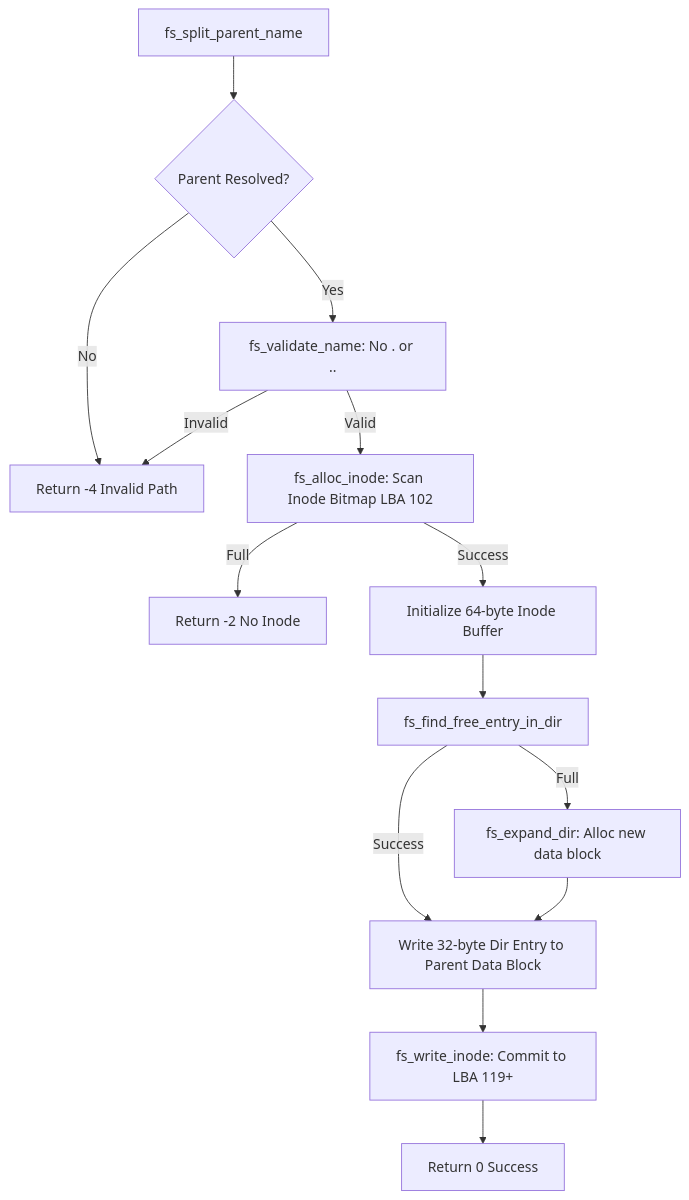
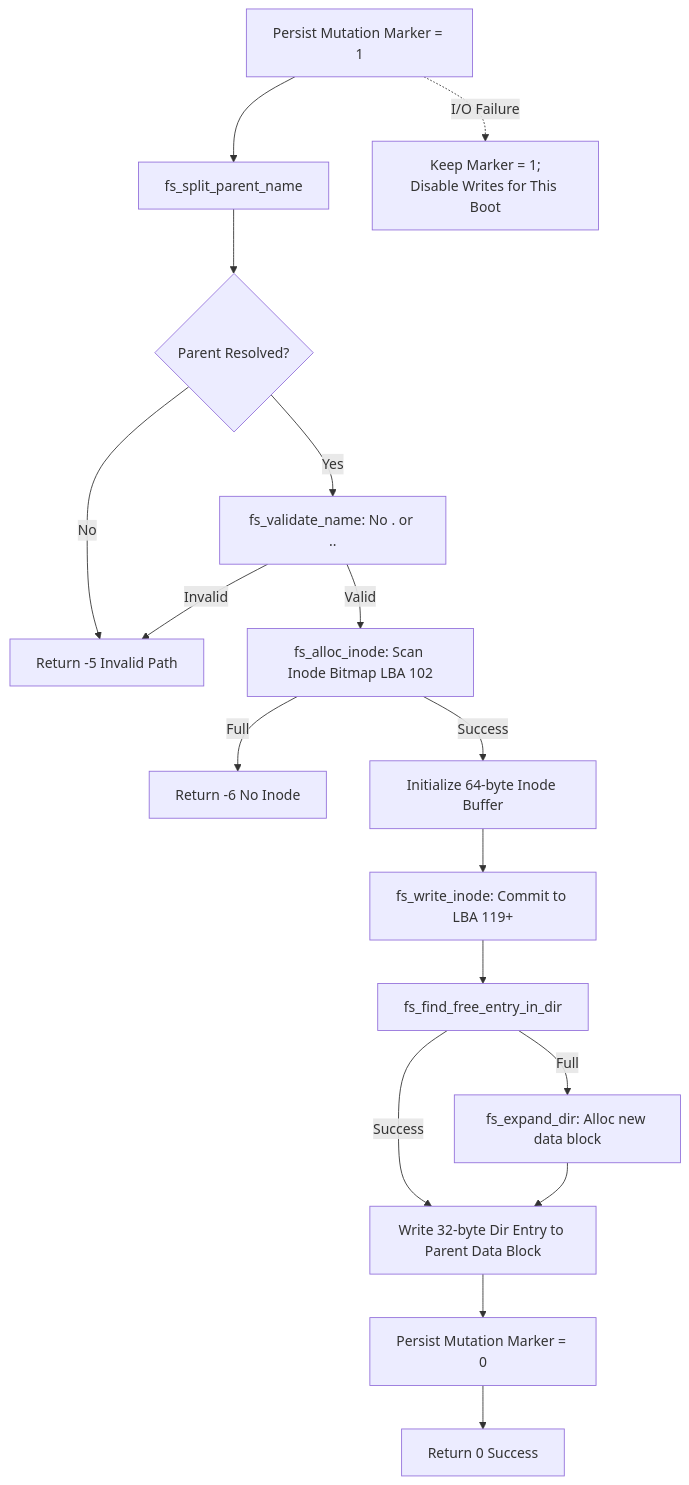
The fourth of 8 diagrams in docs/Flowchart.md (charlestsaur/MINI-OS), drawn with Mermaid before and after one commit. The commit also changed other lines of this file and 27 other files, not shown here.

````diff
--- a/docs/Flowchart.md
+++ b/docs/Flowchart.md
@@ -95,16 +99,19 @@
 ```mermaid
 graph TD
-    A[fs_split_parent_name] --> B{Parent Resolved?}
-    B -- No --> C[Return -4 Invalid Path]
+    A[Persist Mutation Marker = 1] --> B0[fs_split_parent_name]
+    B0 --> B{Parent Resolved?}
+    B -- No --> C[Return -5 Invalid Path]
     B -- Yes --> D[fs_validate_name: No . or ..]
     D -- Invalid --> C
     D -- Valid --> E[fs_alloc_inode: Scan Inode Bitmap LBA 102]
-    E -- Full --> F[Return -2 No Inode]
+    E -- Full --> F[Return -6 No Inode]
     E -- Success --> G[Initialize 64-byte Inode Buffer]
-    G --> H[fs_find_free_entry_in_dir]
+    G --> K[fs_write_inode: Commit to LBA 119+]
+    K --> H[fs_find_free_entry_in_dir]
     H -- Success --> I[Write 32-byte Dir Entry to Parent Data Block]
     H -- Full --> J[fs_expand_dir: Alloc new data block]
     J --> I
-    I --> K[fs_write_inode: Commit to LBA 119+]
-    K --> L[Return 0 Success]
+    I --> L[Persist Mutation Marker = 0]
+    L --> M[Return 0 Success]
+    A -. I/O Failure .-> X[Keep Marker = 1;<br/>Disable Writes for This Boot]
 ```
````
